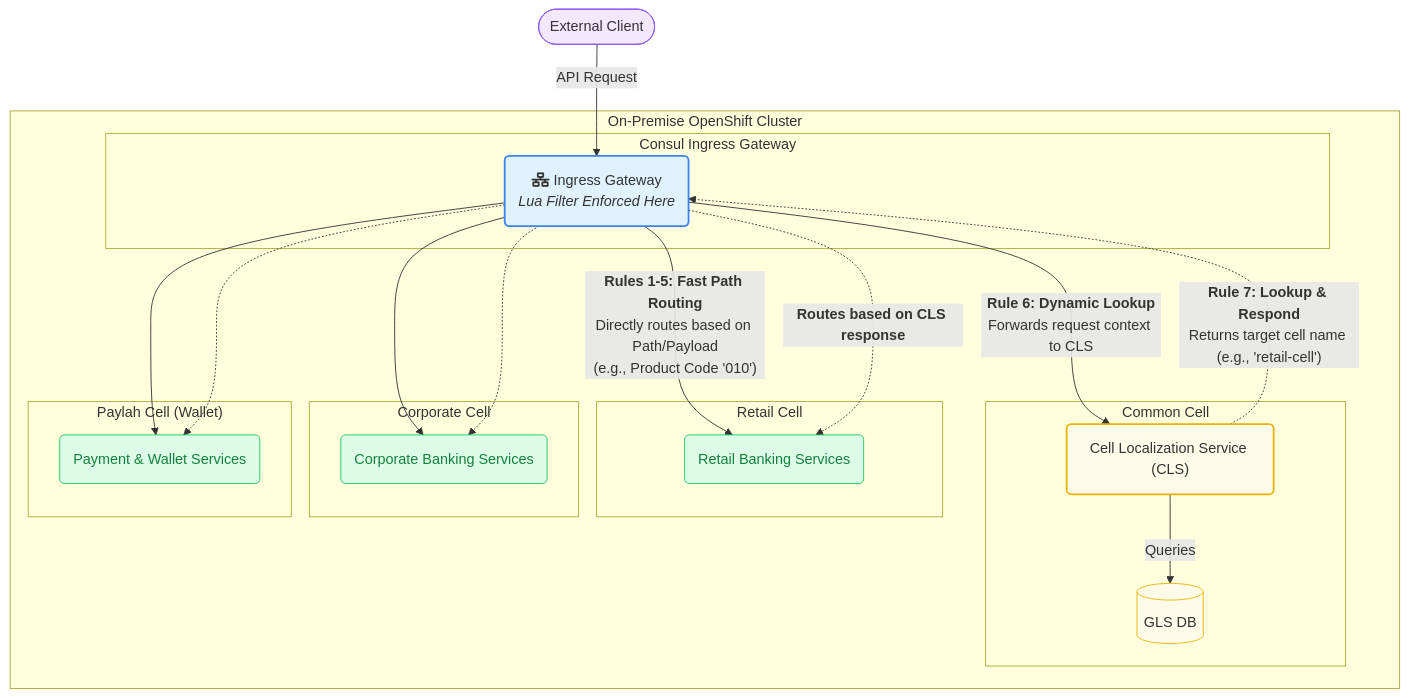
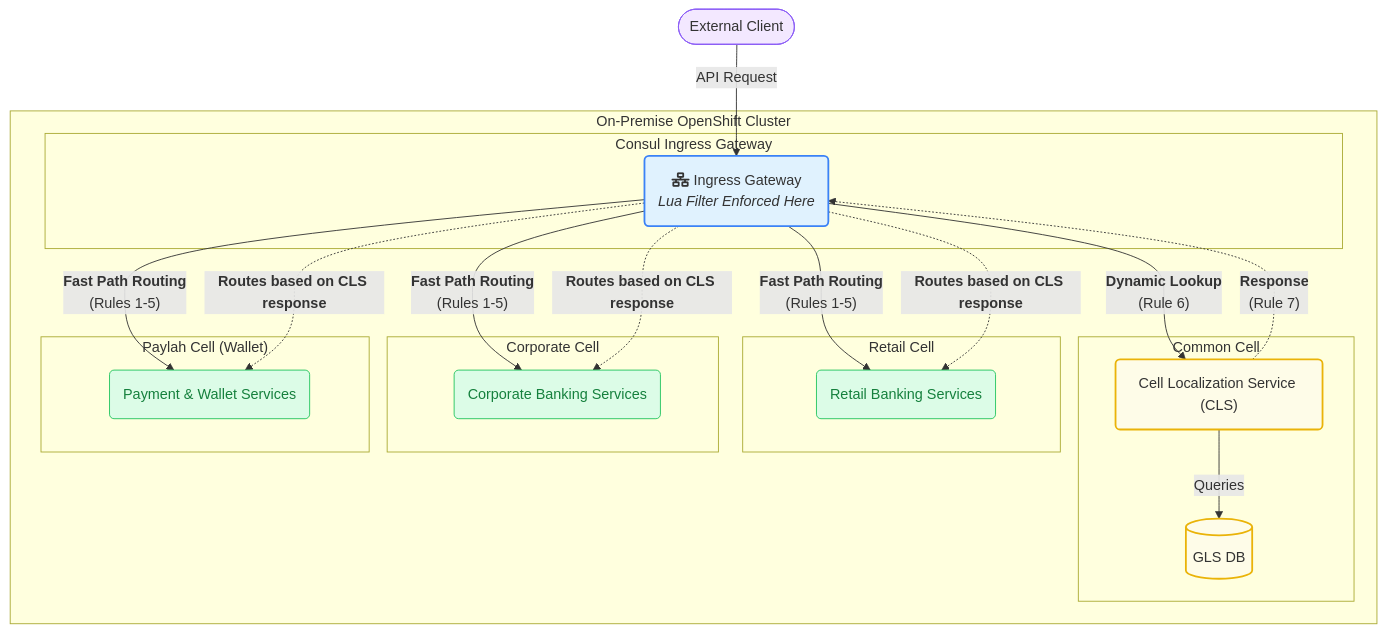
The third of 3 diagrams in Readme.md (Chichocruz17/ServiceMesh), drawn with Mermaid before and after one commit. The commit also changed other lines of this file, not shown here.

```````diff
--- a/Readme.md
+++ b/Readme.md
@@ -235,55 +124,36 @@
 ```mermaid
 
 graph TD
-    %% Define the main actors and entry point
     Client([External Client]) -- "API Request" --> IngressGateway;
-
-    %% Define the main cluster boundary
     subgraph "On-Premise OpenShift Cluster"
-        %% Ingress Gateway is the edge component
         subgraph "Consul Ingress Gateway"
             IngressGateway("fa:fa-network-wired Ingress Gateway<br/><i>Lua Filter Enforced Here</i>");
         end
-
-        %% Define the logical cells
         subgraph "Common Cell"
             CLS("Cell Localization Service (CLS)");
             GLS_DB[(GLS DB)];
             CLS -- "Queries" --> GLS_DB;
         end
-
         subgraph "Retail Cell"
             RetailServices("Retail Banking Services");
         end
-
         subgraph "Corporate Cell"
             CorporateServices("Corporate Banking Services");
         end
-
         subgraph "Paylah Cell (Wallet)"
             PaylahServices("Payment & Wallet Services");
         end
-
-        %% Define the routing logic flows from the Gateway
-        IngressGateway -- "<b>Rules 1-5: Fast Path Routing</b><br/>Directly routes based on Path/Payload<br/>(e.g., Product Code '010')" --> RetailServices;
-        IngressGateway -- " " --> CorporateServices;
-        IngressGateway -- " " --> PaylahServices;
-
-        IngressGateway -- "<b>Rule 6: Dynamic Lookup</b><br/>Forwards request context to CLS" --> CLS;
-        CLS -.->|"<b>Rule 7: Lookup & Respond</b><br/>Returns target cell name (e.g., 'retail-cell')"| IngressGateway;
-
-        %% Final routing after dynamic lookup
-        IngressGateway -.->|"<b>Routes based on CLS response</b>"| RetailServices;
-        IngressGateway -.->|" "| CorporateServices;
-        IngressGateway -.->|" "| PaylahServices;
+        IngressGateway -- "<b>Fast Path Routing</b><br/>(Rules 1-5)" --> RetailServices & CorporateServices & PaylahServices;
+        IngressGateway -- "<b>Dynamic Lookup</b><br/>(Rule 6)" --> CLS;
+        CLS -.->|"<b>Response</b><br/>(Rule 7)"| IngressGateway;
+        IngressGateway -.->|"<b>Routes based on CLS response</b>"| RetailServices & CorporateServices & PaylahServices;
     end
-
-    %% Styling
-    style Client fill:#f3e8ff,stroke:#8b5cf6
-    style IngressGateway fill:#e0f2fe,stroke:#3b82f6,stroke-width:2px
-    style CLS fill:#fefce8,stroke:#eab308,stroke-width:2px
-    style GLS_DB fill:#fefce8,stroke:#eab308
-    classDef cell fill:#dcfce7,stroke:#22c55e,stroke-width:1px,color:#15803d
-    class RetailServices,CorporateServices,PaylahServices cell
-
-```
+    classDef client fill:#f3e8ff,stroke:#8b5cf6;
+    classDef ingress fill:#e0f2fe,stroke:#3b82f6,stroke-width:2px;
+    classDef common fill:#fefce8,stroke:#eab308,stroke-width:2px;
+    classDef cell fill:#dcfce7,stroke:#22c55e,stroke-width:1px,color:#15803d;
+    class Client client;
+    class IngressGateway ingress;
+    class CLS,GLS_DB common;
+    class RetailServices,CorporateServices,PaylahServices cell;
+``````
```````
